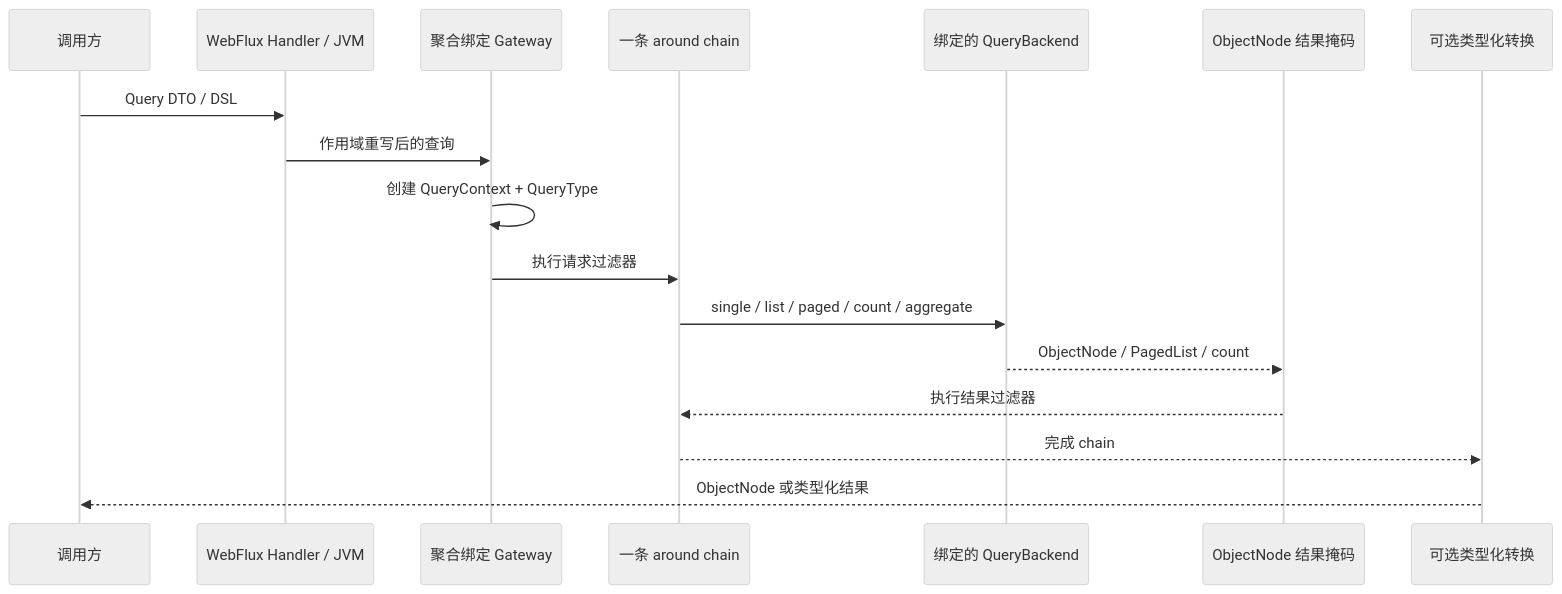
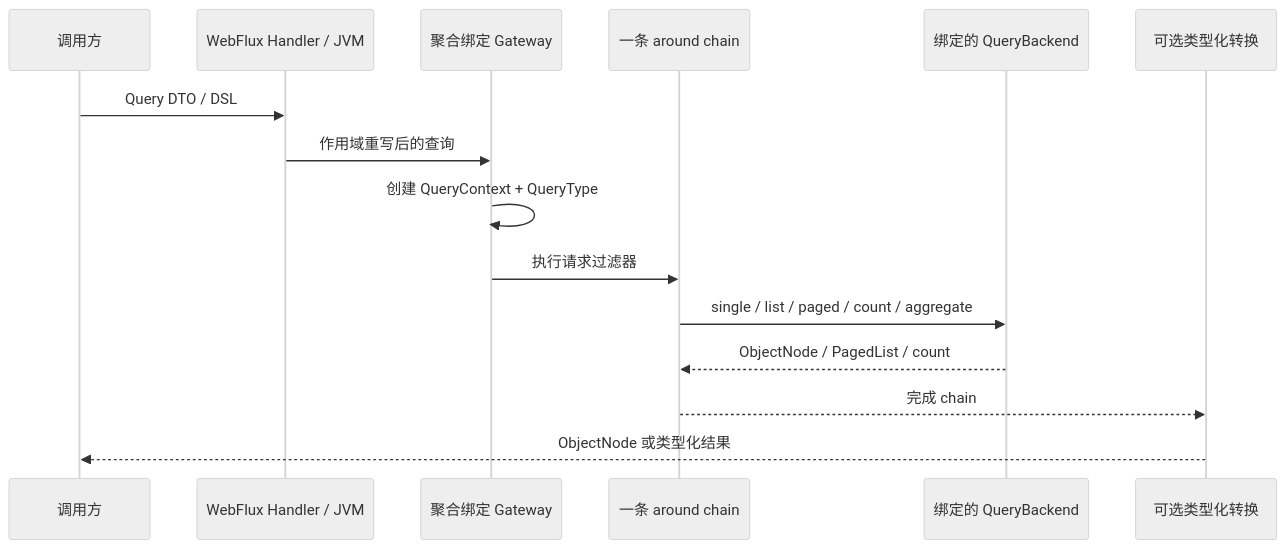
One commit to Ahoo-Wang/Wow changed the diagram in documentation/docs/zh/guide/query/query-gateway.md. Above: the diagram before and after it, drawn with Mermaid (neutral theme). The commit also changed other lines of this file and 29 other files, not shown here.

````diff
--- a/documentation/docs/zh/guide/query/query-gateway.md
+++ b/documentation/docs/zh/guide/query/query-gateway.md
@@ -18,19 +18,17 @@
 ```mermaid
 sequenceDiagram
     participant Caller as 调用方
     participant Entry as WebFlux Handler / JVM
     participant Gateway as 聚合绑定 Gateway
     participant Filters as 一条 around chain
     participant Backend as 绑定的 QueryBackend
-    participant Mask as ObjectNode 结果掩码
     participant Jackson as 可选类型化转换
     Caller->>Entry: Query DTO / DSL
     Entry->>Gateway: 作用域重写后的查询
     Gateway->>Gateway: 创建 QueryContext + QueryType
     Gateway->>Filters: 执行请求过滤器
     Filters->>Backend: single / list / paged / count / aggregate
-    Backend-->>Mask: ObjectNode / PagedList / count
-    Mask-->>Filters: 执行结果过滤器
+    Backend-->>Filters: ObjectNode / PagedList / count
     Filters-->>Jackson: 完成 chain
     Jackson-->>Caller: ObjectNode 或类型化结果
 ```
````
